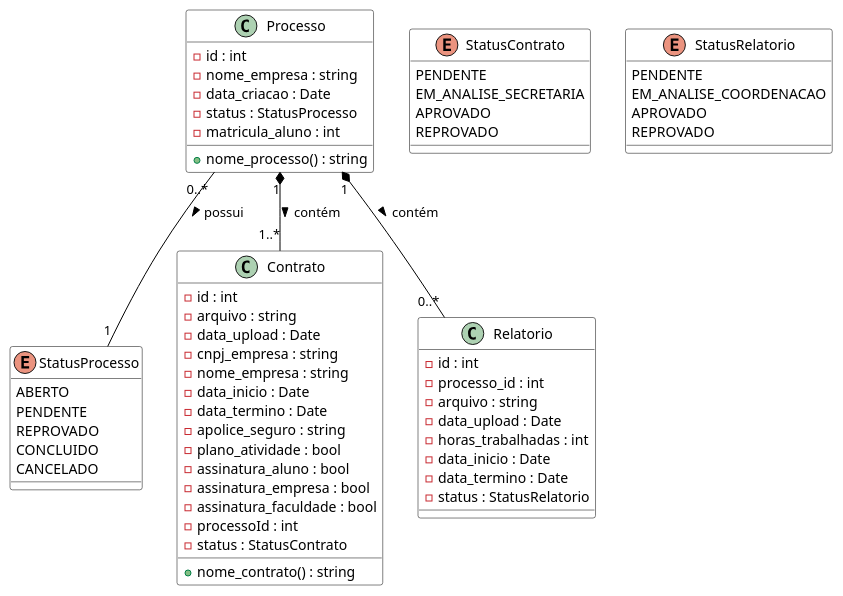
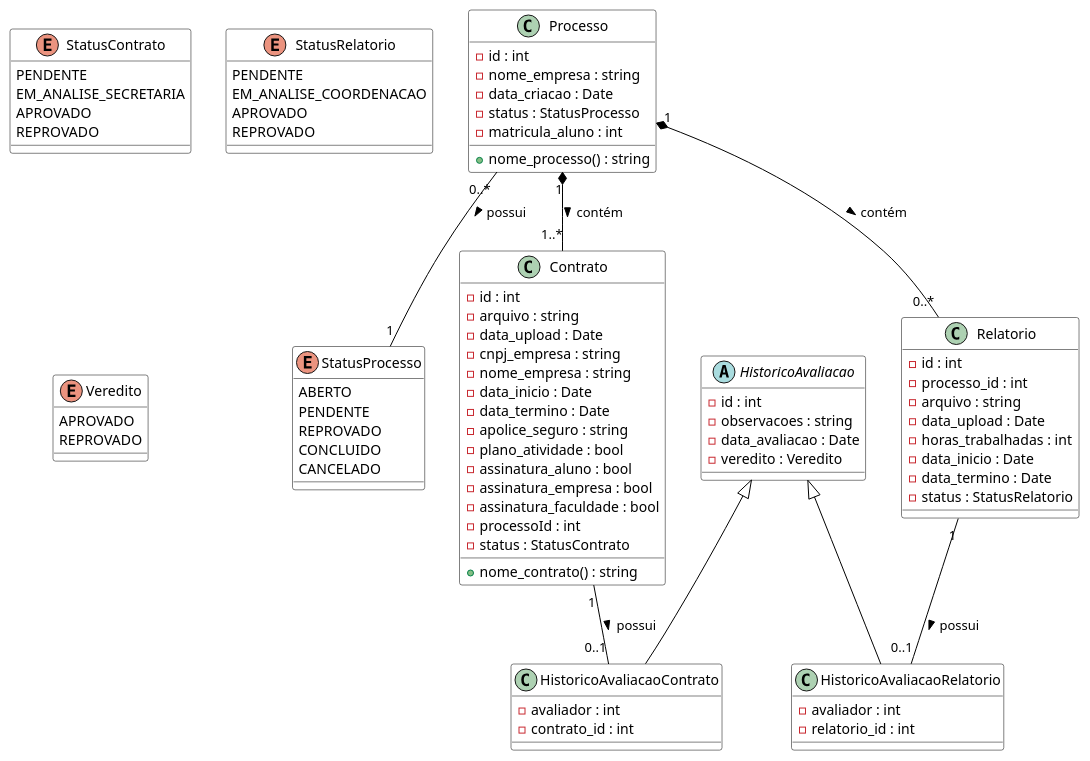
One commit to Projetos-de-Extensao/PBE_26.1_8002_III changed the diagram in docs/assets/Diagramas/src/diagrama_classes_processo.puml. Above: the diagram before and after it, drawn with PlantUML. The commit also changed 5 other files, not shown here.

Commit message:
feat: implement evaluation history models and update class diagrams to support report and contract assessments

```diff
--- a/docs/assets/Diagramas/src/diagrama_classes_processo.puml
+++ b/docs/assets/Diagramas/src/diagrama_classes_processo.puml
@@ -1,77 +1,102 @@
 @startuml
 
 ' --- Estilos ---
 skinparam class {
     BackgroundColor White
     ArrowColor Black
     BorderColor Black
 }
 
 ' --- Enums ---
 enum StatusProcesso {
     ABERTO
     PENDENTE
     REPROVADO
     CONCLUIDO
     CANCELADO
 }
 
 enum StatusContrato {
     PENDENTE
     EM_ANALISE_SECRETARIA
     APROVADO
     REPROVADO
 }
 
 enum StatusRelatorio {
     PENDENTE
     EM_ANALISE_COORDENACAO
+    APROVADO
+    REPROVADO
+}
+
+enum Veredito {
     APROVADO
     REPROVADO
 }
 
 ' --- Classes de Processo e Documentação ---
 class Processo {
     - id : int
     - nome_empresa : string
     - data_criacao : Date
     - status : StatusProcesso
     - matricula_aluno : int
     + nome_processo() : string
 }
 
 class Contrato {
     - id : int
     - arquivo : string
     - data_upload : Date
     - cnpj_empresa : string
     - nome_empresa : string
     - data_inicio : Date
     - data_termino : Date
     - apolice_seguro : string
     - plano_atividade : bool
     - assinatura_aluno : bool
     - assinatura_empresa : bool
     - assinatura_faculdade : bool
     - processoId : int
     - status : StatusContrato
     + nome_contrato() : string
 }
 
 class Relatorio {
     - id : int
     - processo_id : int
     - arquivo : string
     - data_upload : Date
     - horas_trabalhadas : int
     - data_inicio : Date
     - data_termino : Date
     - status : StatusRelatorio
 }
 
+abstract class HistoricoAvaliacao {
+    - id : int
+    - observacoes : string
+    - data_avaliacao : Date
+    - veredito : Veredito
+}
+
+class HistoricoAvaliacaoRelatorio extends HistoricoAvaliacao {
+    - avaliador : int
+    - relatorio_id : int
+}
+
+class HistoricoAvaliacaoContrato extends HistoricoAvaliacao {
+    - avaliador : int
+    - contrato_id : int
+}
+
 ' --- Relacionamentos de Processo ---
 Processo "1" *-- "1..*" Contrato : contém >
 Processo "1" *-- "0..*" Relatorio : contém >
 Processo "0..*" -- "1" StatusProcesso : possui >
 
+Relatorio "1" -- "0..1" HistoricoAvaliacaoRelatorio : possui >
+Contrato "1" -- "0..1" HistoricoAvaliacaoContrato : possui >
+
 @enduml
```
